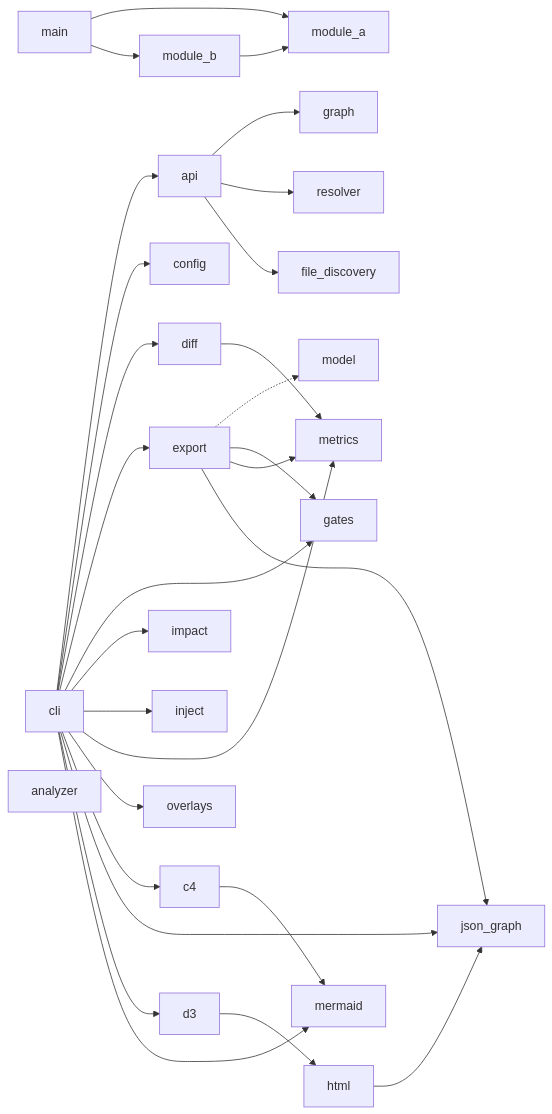
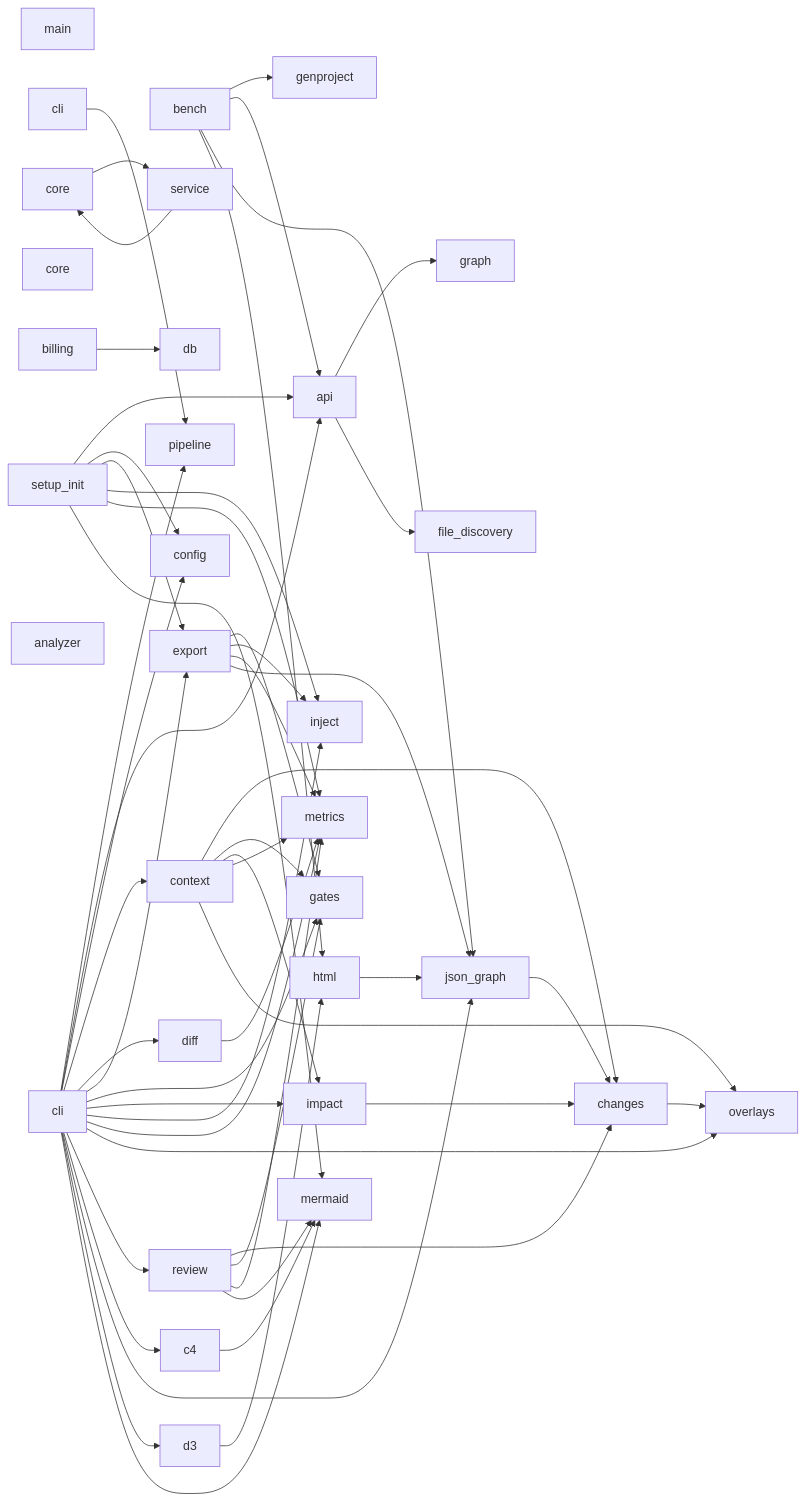
One commit to actions-marketplace-validations/haider1998_pyvisualizer changed the diagram in README.md. Above: the diagram before and after it, drawn with Mermaid. The commit also changed other lines of this file, not shown here.

Commit message:
🗺️ Auto-update architecture diagram [skip ci]

````diff
--- a/README.md
+++ b/README.md
@@ -229,53 +229,87 @@
 ```mermaid
 flowchart LR
-    g0["main"]
-    g1["module_a"]
-    g2["module_b"]
-    g3["api"]
-    g4["cli"]
-    g5["config"]
-    g6["analyzer"]
-    g7["graph"]
-    g8["model"]
-    g9["resolver"]
-    g10["diff"]
-    g11["export"]
-    g12["gates"]
-    g13["impact"]
-    g14["inject"]
-    g15["metrics"]
-    g16["overlays"]
-    g17["c4"]
-    g18["json_graph"]
-    g19["file_discovery"]
-    g20["d3"]
-    g21["html"]
-    g22["mermaid"]
+    g0["bench"]
+    g1["genproject"]
+    g2["main"]
+    g3["cli"]
+    g4["pipeline"]
+    g5["core"]
+    g6["service"]
+    g7["core"]
+    g8["billing"]
+    g9["db"]
+    g10["api"]
+    g11["changes"]
+    g12["cli"]
+    g13["config"]
+    g14["context"]
+    g15["analyzer"]
+    g16["graph"]
+    g17["diff"]
+    g18["export"]
+    g19["gates"]
+    g20["impact"]
+    g21["inject"]
+    g22["metrics"]
+    g23["overlays"]
+    g24["review"]
+    g25["c4"]
+    g26["json_graph"]
+    g27["setup_init"]
+    g28["file_discovery"]
+    g29["d3"]
+    g30["html"]
+    g31["mermaid"]
     g0 --> g1
-    g0 --> g2
-    g2 --> g1
-    g3 --> g7
-    g3 --> g9
-    g3 --> g19
-    g4 --> g3
-    g4 --> g5
-    g4 --> g10
-    g4 --> g11
-    g4 --> g12
-    g4 --> g13
-    g4 --> g14
-    g4 --> g15
-    g4 --> g16
-    g4 --> g17
-    g4 --> g18
-    g4 --> g20
-    g4 --> g22
-    g10 --> g15
-    g11 -.-> g8
-    g11 --> g12
-    g11 --> g15
-    g11 --> g18
+    g0 --> g10
+    g0 --> g26
+    g0 --> g30
+    g3 --> g4
+    g5 --> g6
+    g6 --> g5
+    g8 --> g9
+    g10 --> g16
+    g10 --> g28
+    g11 --> g23
+    g12 --> g4
+    g12 --> g10
+    g12 --> g13
+    g12 --> g14
+    g12 --> g17
+    g12 --> g18
+    g12 --> g19
+    g12 --> g20
+    g12 --> g21
+    g12 --> g22
+    g12 --> g23
+    g12 --> g24
+    g12 --> g25
+    g12 --> g26
+    g12 --> g29
+    g12 --> g31
+    g14 --> g11
+    g14 --> g19
+    g14 --> g20
+    g14 --> g22
+    g14 --> g23
     g17 --> g22
-    g20 --> g21
-    g21 --> g18
+    g18 --> g19
+    g18 --> g21
+    g18 --> g22
+    g18 --> g26
+    g20 --> g11
+    g24 --> g11
+    g24 --> g19
+    g24 --> g22
+    g24 --> g31
+    g25 --> g31
+    g26 --> g11
+    g27 --> g10
+    g27 --> g13
+    g27 --> g18
+    g27 --> g21
+    g27 --> g22
+    g27 --> g31
+    g29 --> g30
+    g30 --> g26
 ```
````
